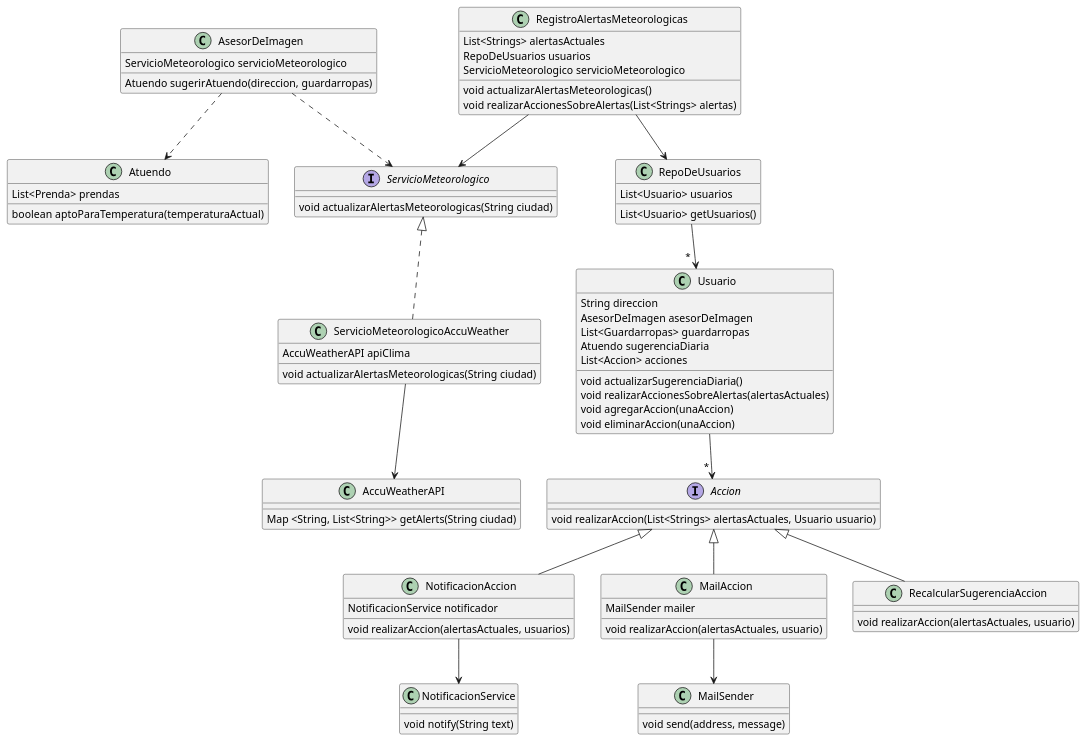
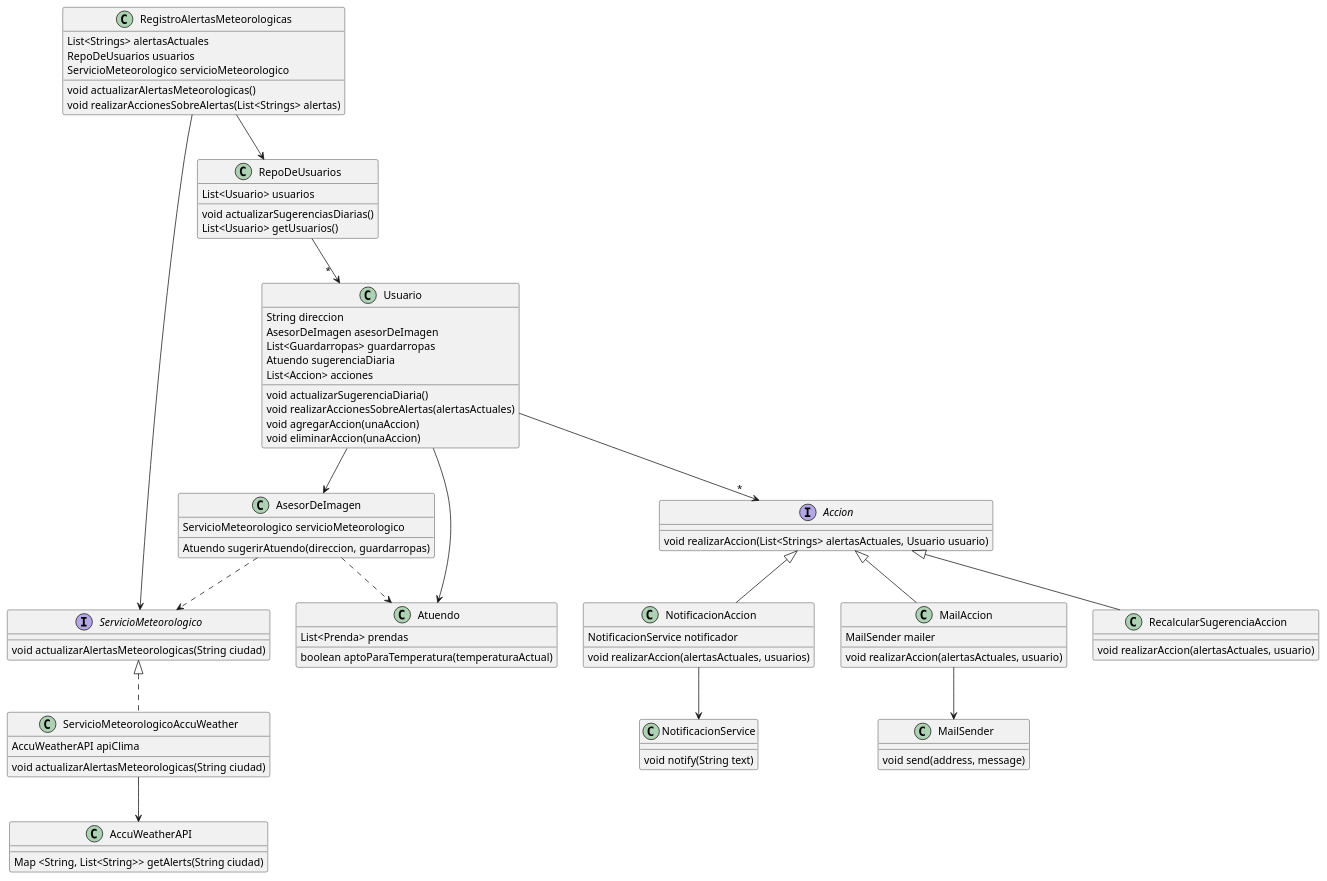
The diagram in diagramas - plantuml/[QMP6].plantuml (alesiosaba/QueMePongo-Grupo-16), drawn with PlantUML before and after one commit. The commit also changed other lines of this file, not shown here.

```diff
--- a/diagramas - plantuml/[QMP6].plantuml
+++ b/diagramas - plantuml/[QMP6].plantuml
@@ -1,112 +1,117 @@
 @startuml
 
 AsesorDeImagen ..> ServicioMeteorologico
 AsesorDeImagen ..> Atuendo
 
 class AsesorDeImagen {
     ServicioMeteorologico servicioMeteorologico
 
     Atuendo sugerirAtuendo(direccion, guardarropas)
 }
 
 class ServicioMeteorologicoAccuWeather {
     AccuWeatherAPI apiClima
 
     void actualizarAlertasMeteorologicas(String ciudad)
 }
 
 ServicioMeteorologicoAccuWeather --> AccuWeatherAPI
 
 class AccuWeatherAPI {
     Map <String, List<String>> getAlerts(String ciudad)
 }
 
 interface ServicioMeteorologico {
     void actualizarAlertasMeteorologicas(String ciudad)
 }
 
 ServicioMeteorologico <|..  ServicioMeteorologicoAccuWeather
 
 class Atuendo {
     List<Prenda> prendas
     boolean aptoParaTemperatura(temperaturaActual)
 }
 
 RepoDeUsuarios --> "  *  " Usuario
 
 class RepoDeUsuarios {
     List<Usuario> usuarios
 
+    void actualizarSugerenciasDiarias()
     List<Usuario> getUsuarios()
 }
+
+Usuario --> AsesorDeImagen
+
+Usuario --> Atuendo
 
 class Usuario {
     String direccion
     AsesorDeImagen asesorDeImagen
     List<Guardarropas> guardarropas
     Atuendo sugerenciaDiaria
     List<Accion> acciones
 
     void actualizarSugerenciaDiaria()
     void realizarAccionesSobreAlertas(alertasActuales)
     void agregarAccion(unaAccion)
     void eliminarAccion(unaAccion)
 
 }
 
 Usuario --> " * " Accion
 
 interface Accion {
     void realizarAccion(List<Strings> alertasActuales, Usuario usuario)
 }
 
 Accion <|-- NotificacionAccion
 
 class NotificacionAccion {
     NotificacionService notificador
 
     void realizarAccion(alertasActuales, usuarios)
 }
 
 NotificacionAccion --> NotificacionService
 
 class NotificacionService{
    void notify(String text)
 }
 
 Accion <|-- MailAccion
 
 class MailAccion {
     MailSender mailer
 
     void realizarAccion(alertasActuales, usuario)
 }
 
 MailAccion --> MailSender
 
 class MailSender {
     void send(address, message)
 }
 
 
 
 Accion <|-- RecalcularSugerenciaAccion
 
 class RecalcularSugerenciaAccion {
     void realizarAccion(alertasActuales, usuario)
 }
 
 RegistroAlertasMeteorologicas --> RepoDeUsuarios
 
 class RegistroAlertasMeteorologicas {
     List<Strings> alertasActuales
     RepoDeUsuarios usuarios
     ServicioMeteorologico servicioMeteorologico
 
     void actualizarAlertasMeteorologicas()
     void realizarAccionesSobreAlertas(List<Strings> alertas)
 }
 
 RegistroAlertasMeteorologicas --> ServicioMeteorologico
 
 @enduml
```
